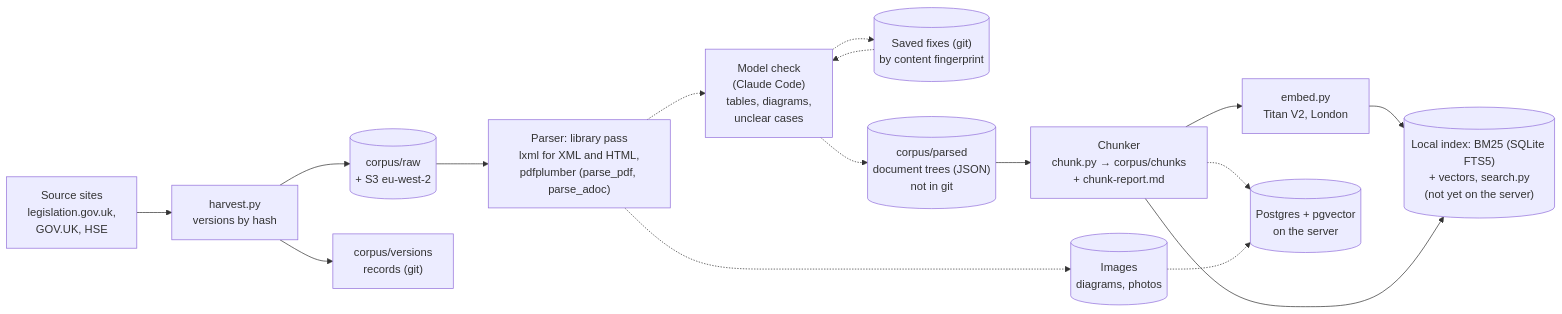
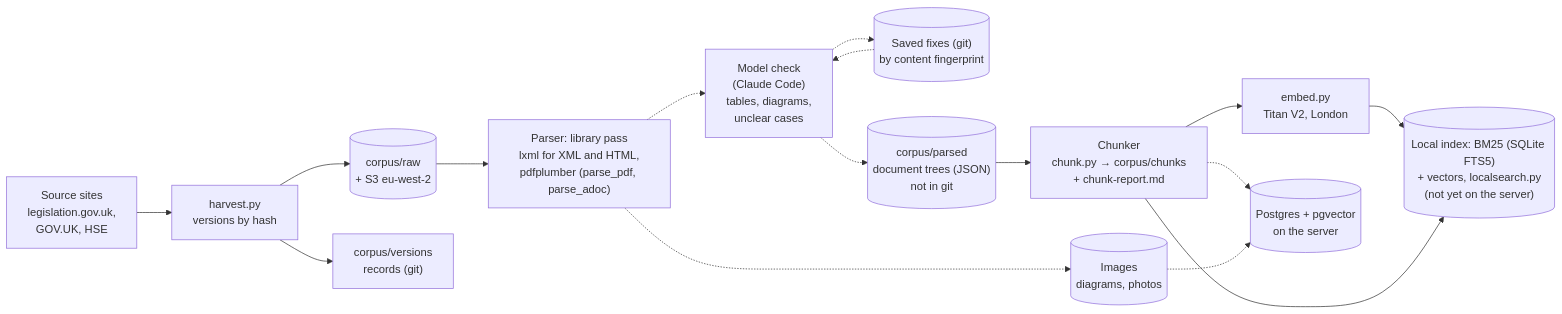
The first of 6 diagrams in architecture/design/regulations-corpus.md (florinmarcus/builders_lab), drawn with Mermaid before and after one commit. The commit also changed other lines of this file and 18 other files, not shown here.

````diff
--- a/architecture/design/regulations-corpus.md
+++ b/architecture/design/regulations-corpus.md
@@ -11,18 +11,18 @@
 ```mermaid
 flowchart LR
     src["Source sites<br/>legislation.gov.uk,<br/>GOV.UK, HSE"] --> harvest["harvest.py<br/>versions by hash"]
     harvest --> raw[("corpus/raw<br/>+ S3 eu-west-2")]
     harvest --> rec["corpus/versions<br/>records (git)"]
     raw --> lib["Parser: library pass<br/>lxml for XML and HTML,<br/>pdfplumber (parse_pdf, parse_adoc)"]
     lib -.-> chk["Model check<br/>(Claude Code)<br/>tables, diagrams,<br/>unclear cases"]
     fixes[("Saved fixes (git)<br/>by content fingerprint")] -.-> chk
     chk -.-> fixes
     chk -.-> tree[("corpus/parsed<br/>document trees (JSON)<br/>not in git")]
     lib -.-> img[("Images<br/>diagrams, photos")]
     tree --> chunk["Chunker<br/>chunk.py → corpus/chunks<br/>+ chunk-report.md"]
     chunk --> emb["embed.py<br/>Titan V2, London"]
-    emb --> fts[("Local index: BM25 (SQLite FTS5)<br/>+ vectors, search.py<br/>(not yet on the server)")]
+    emb --> fts[("Local index: BM25 (SQLite FTS5)<br/>+ vectors, localsearch.py<br/>(not yet on the server)")]
     chunk --> fts
     chunk -.-> pg[("Postgres + pgvector<br/>on the server")]
     img -.-> pg
 ```
````
